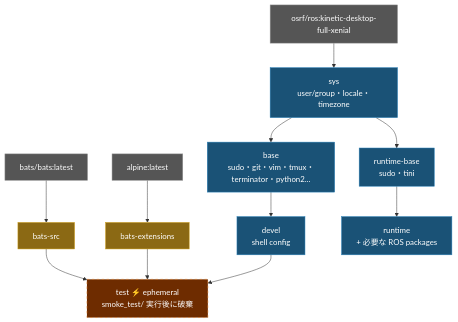
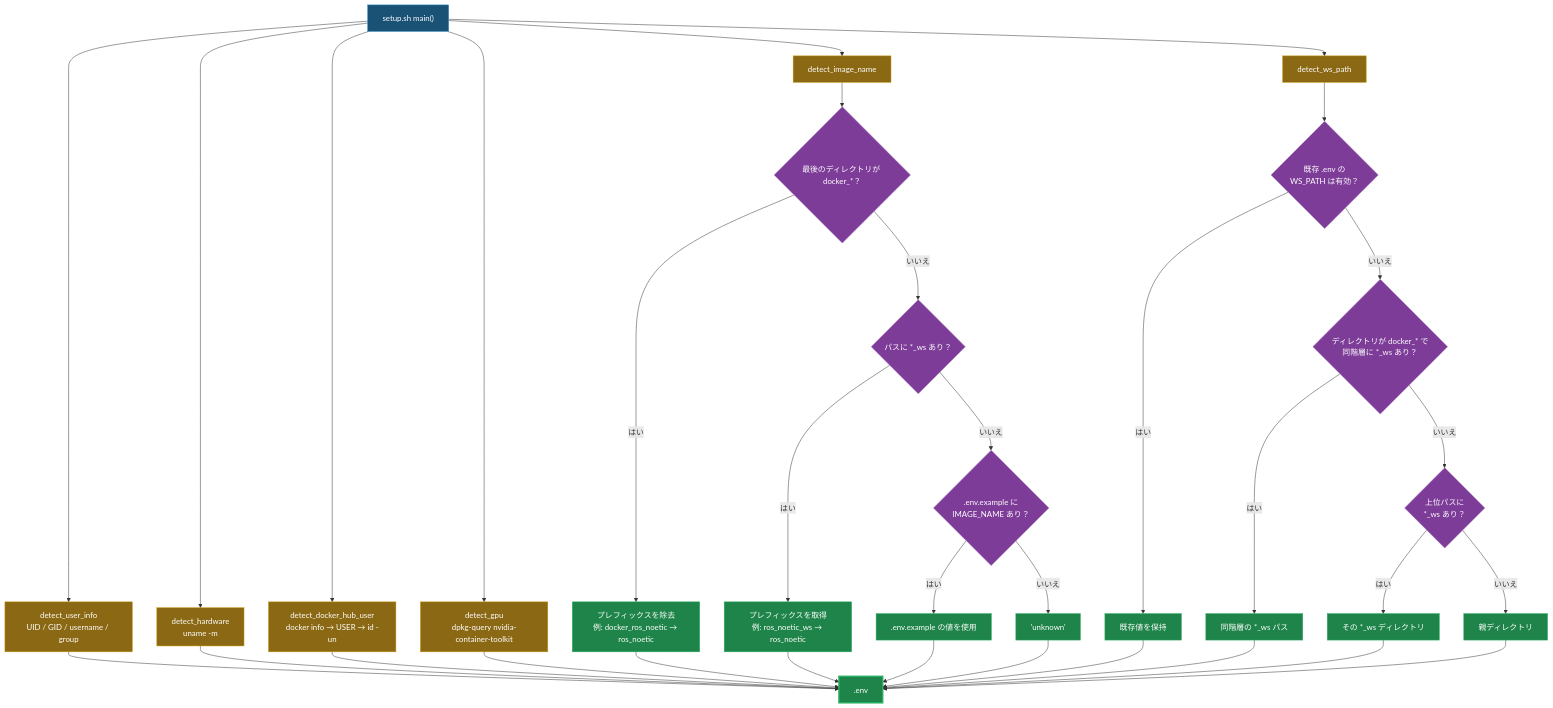
The first of 2 diagrams in doc/README.ja.md (ycpss91255-docker/osrf_ros_kinetic), drawn with Mermaid before and after one commit. The commit also changed other lines of this file and 47 other files, not shown here.

First line of the commit message:
Squashed 'docker_setup_helper/' changes from ea8a994..4e7b249

````diff
--- a/doc/README.ja.md
+++ b/doc/README.ja.md
@@ -235,26 +272,46 @@
 ```mermaid
 graph TD
-    EXT1["bats/bats:latest"]:::external
-    EXT2["alpine:latest"]:::external
-    EXT3["osrf/ros:kinetic-desktop-full-xenial"]:::external
+    A["setup.sh main()"]:::entry
 
-    EXT1 --> bats-src["bats-src"]:::tool
-    EXT2 --> bats-ext["bats-extensions"]:::tool
+    A --> B["detect_user_info\nUID / GID / username / group"]:::detect
+    A --> C["detect_hardware\nuname -m"]:::detect
+    A --> D["detect_docker_hub_user\ndocker info → USER → id -un"]:::detect
+    A --> E["detect_gpu\ndpkg-query nvidia-container-toolkit"]:::detect
+    A --> F["detect_image_name"]:::detect
+    A --> G["detect_ws_path"]:::detect
 
-    EXT3 --> sys["sys\nuser/group・locale・timezone"]:::stage
+    F --> F1{"最後のディレクトリが docker_*？"}:::decision
+    F1 -- "はい" --> F1R["プレフィックスを除去\n例: docker_ros_noetic → ros_noetic"]:::result
+    F1 -- "いいえ" --> F2{"パスに *_ws あり？"}:::decision
+    F2 -- "はい" --> F2R["プレフィックスを取得\n例: ros_noetic_ws → ros_noetic"]:::result
+    F2 -- "いいえ" --> F3{".env.example に\nIMAGE_NAME あり？"}:::decision
+    F3 -- "はい" --> F3R[".env.example の値を使用"]:::result
+    F3 -- "いいえ" --> F4R["'unknown'"]:::result
 
-    sys --> base["base\nsudo・git・vim・tmux・terminator・python2..."]:::stage
-    base --> devel["devel\nshell config"]:::stage
+    G --> G0{"既存 .env の\nWS_PATH は有効？"}:::decision
+    G0 -- "はい" --> G0R["既存値を保持"]:::result
+    G0 -- "いいえ" --> G1{"ディレクトリが docker_* で\n同階層に *_ws あり？"}:::decision
+    G1 -- "はい" --> G1R["同階層の *_ws パス"]:::result
+    G1 -- "いいえ" --> G2{"上位パスに\n*_ws あり？"}:::decision
+    G2 -- "はい" --> G2R["その *_ws ディレクトリ"]:::result
+    G2 -- "いいえ" --> G3R["親ディレクトリ"]:::result
 
-    bats-src --> test["test  ⚡ ephemeral\nsmoke_test/ 実行後に破棄"]:::ephemeral
-    bats-ext --> test
-    devel --> test
+    B --> H[".env"]:::output
+    C --> H
+    D --> H
+    E --> H
+    F1R --> H
+    F2R --> H
+    F3R --> H
+    F4R --> H
+    G0R --> H
+    G1R --> H
+    G2R --> H
+    G3R --> H
 
-    sys --> runtime-base["runtime-base\nsudo・tini"]:::stage
-    runtime-base --> runtime["runtime\n+ 必要な ROS packages"]:::stage
-
-    classDef external fill:#555,color:#fff,stroke:#999
-    classDef tool fill:#8B6914,color:#fff,stroke:#c8960c
-    classDef stage fill:#1a5276,color:#fff,stroke:#2980b9
-    classDef ephemeral fill:#6e2c00,color:#fff,stroke:#e67e22,stroke-dasharray:5 5
+    classDef entry fill:#1a5276,color:#fff,stroke:#2980b9
+    classDef detect fill:#8B6914,color:#fff,stroke:#c8960c
+    classDef decision fill:#7d3c98,color:#fff,stroke:#a569bd
+    classDef result fill:#1e8449,color:#fff,stroke:#27ae60
+    classDef output fill:#1e8449,color:#fff,stroke:#27ae60,stroke-width:3px
 ```
````
